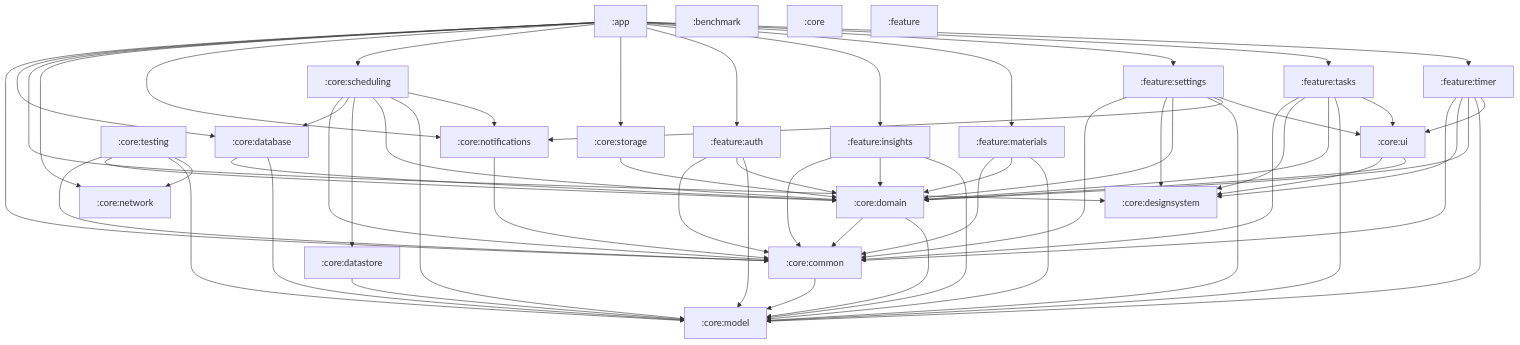
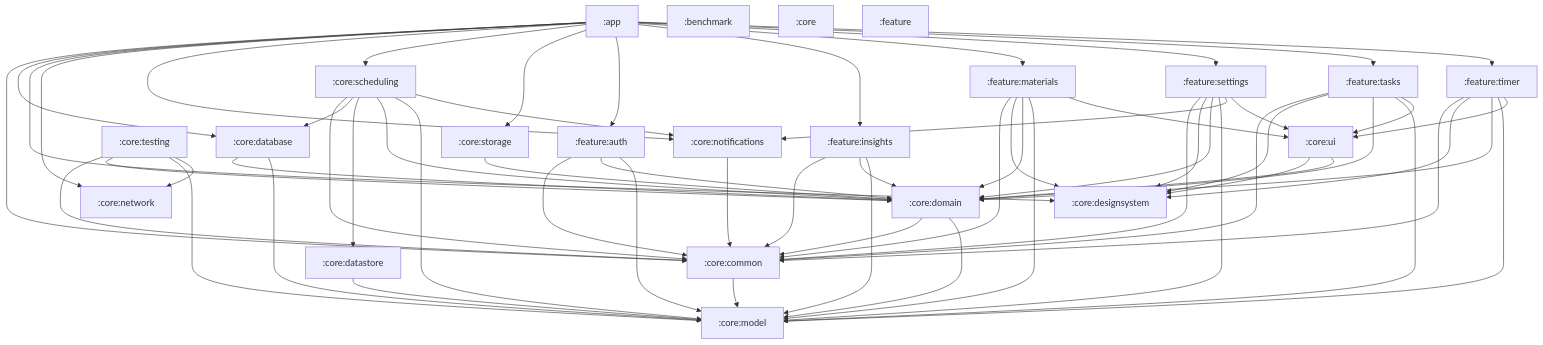
Before and after one commit to konarsubhojit/study-app: the diagram in docs/module-graph.md, drawn with Mermaid. The commit also changed 47 other files, not shown here.

```diff
--- a/docs/module-graph.md
+++ b/docs/module-graph.md
@@ -69,8 +69,10 @@
     feature_insights --> core_domain
     feature_insights --> core_model
     feature_materials --> core_common
+    feature_materials --> core_designsystem
     feature_materials --> core_domain
     feature_materials --> core_model
+    feature_materials --> core_ui
     feature_settings --> core_common
     feature_settings --> core_designsystem
     feature_settings --> core_domain
```
